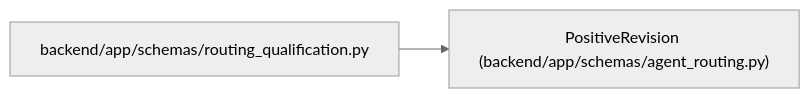
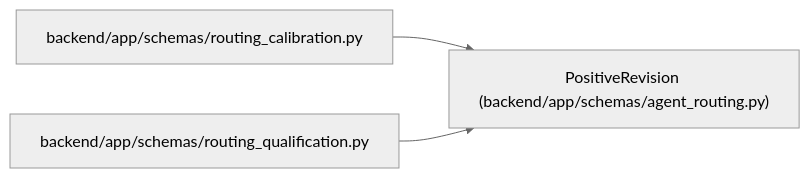
One commit to Denissvgn/WorkChord changed the diagram in docs/llm_wiki/entities/PositiveRevision.md. Above: the diagram before and after it, drawn with Mermaid (neutral theme). The commit also changed other lines of this file and 836 other files, not shown here.

Commit message:
Sync the architectural wiki for the calibration contract

````diff
--- a/docs/llm_wiki/entities/PositiveRevision.md
+++ b/docs/llm_wiki/entities/PositiveRevision.md
@@ -24,8 +24,11 @@
 ```mermaid
 flowchart LR
     n0["PositiveRevision (backend/app/schemas/agent_routing.py)"]
-    n1["backend/app/schemas/routing_qualification.py"]
+    n1["backend/app/schemas/routing_calibration.py"]
+    n2["backend/app/schemas/routing_qualification.py"]
     n1 --> n0
+    n2 --> n0
     click n0 "../modules/agent_routing.md"
-    click n1 "../modules/schemas_routing_qualification.md"
+    click n1 "../modules/schemas_routing_calibration.md"
+    click n2 "../modules/schemas_routing_qualification.md"
 ```
````
